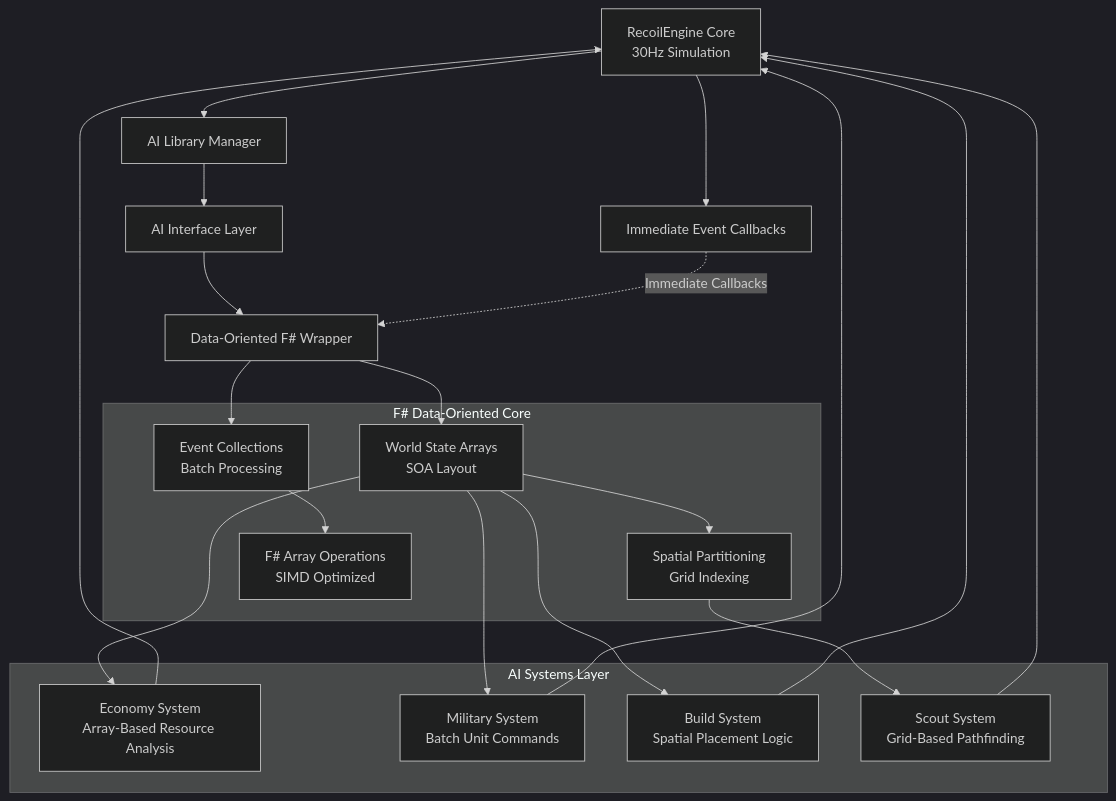
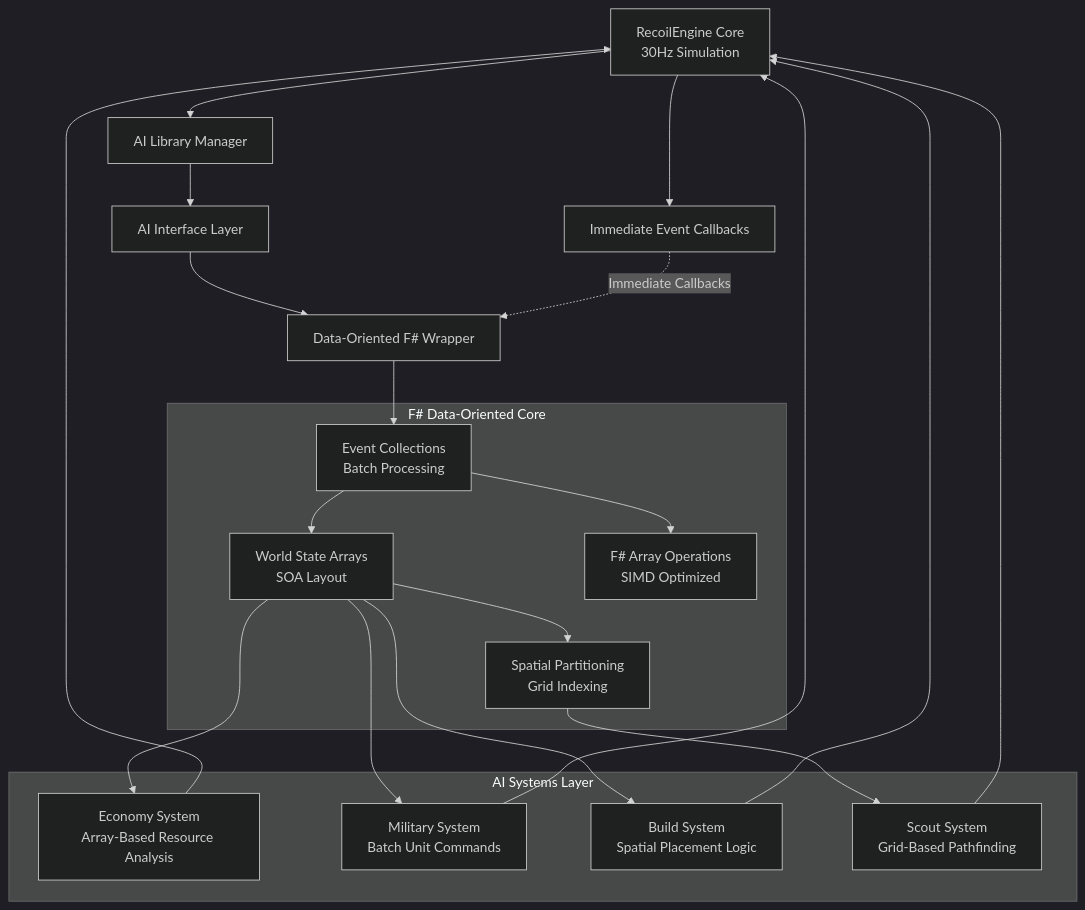
One commit to EHotwagner/RecoilEngine changed the first of 6 diagrams in AI/Wrappers/DotNet/Architecture.md. Above: the diagram before and after it, drawn with Mermaid (dark theme).

Commit message:
Refactor architecture diagram: Update connections between DotNetWrapper, EventCollections, and WorldArrays for improved clarity

````diff
--- a/AI/Wrappers/DotNet/Architecture.md
+++ b/AI/Wrappers/DotNet/Architecture.md
@@ -11,37 +11,36 @@
 ```mermaid
 graph TB
     Engine[RecoilEngine Core<br/>30Hz Simulation] --> EventSystem[Immediate Event Callbacks]
     Engine --> AILibraryManager[AI Library Manager]
     AILibraryManager --> AIInterface[AI Interface Layer]
     AIInterface --> DotNetWrapper[Data-Oriented F# Wrapper]
     
     subgraph "F# Data-Oriented Core"
         WorldArrays[World State Arrays<br/>SOA Layout]
         EventCollections[Event Collections<br/>Batch Processing]
         SpatialGrid[Spatial Partitioning<br/>Grid Indexing]
         ArrayOps[F# Array Operations<br/>SIMD Optimized]
     end
     
     subgraph "AI Systems Layer"
         EconomySystem[Economy System<br/>Array-Based Resource Analysis]
         MilitarySystem[Military System<br/>Batch Unit Commands]
         BuildSystem[Build System<br/>Spatial Placement Logic]
         ScoutSystem[Scout System<br/>Grid-Based Pathfinding]
     end
-    
-    DotNetWrapper --> WorldArrays
-    DotNetWrapper --> EventCollections
+      DotNetWrapper --> EventCollections
+    EventCollections --> WorldArrays
     WorldArrays --> SpatialGrid
     EventCollections --> ArrayOps
     
     WorldArrays --> EconomySystem
     WorldArrays --> MilitarySystem  
     WorldArrays --> BuildSystem
     SpatialGrid --> ScoutSystem
     
     EventSystem -.->|"Immediate Callbacks"| DotNetWrapper
     EconomySystem --> Engine
     MilitarySystem --> Engine
     BuildSystem --> Engine
     ScoutSystem --> Engine
 ```
````
